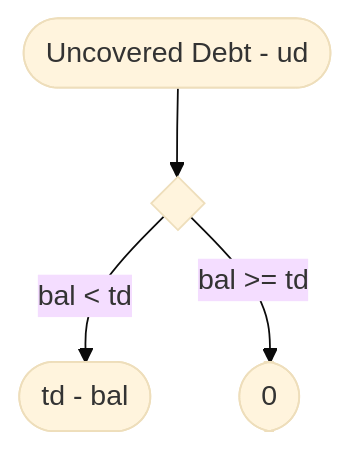
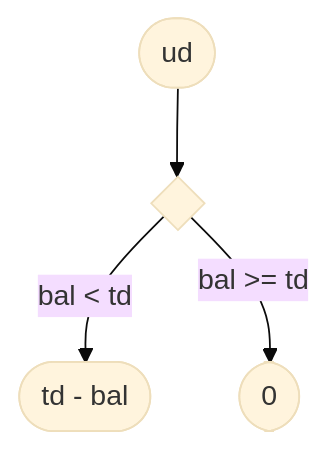
Before and after one commit to sablier-labs/docs: the seventh of 9 diagrams in docs/reference/flow/01-diagrams.md, drawn with Mermaid (base theme). The commit also changed other lines of this file and 3 other files, not shown here.

Commit message:
removes streamId from sequence diagrams categorizes diagrams in Flow access control simplifies diagrams in Lockup access control defines ongoing debt in Flow overview fixes definition of snapshot debt in Flow overview adds abbreviations in Flow diagrams

````diff
--- a/docs/reference/flow/01-diagrams.md
+++ b/docs/reference/flow/01-diagrams.md
@@ -142,11 +133,11 @@
 ```mermaid
 flowchart TD
     di0{ }:::red1
-    sd([Uncovered Debt - ud])
+    sd([ud])
     res_sd(["td - bal"])
     res_zero([0])
 
     sd --> di0
     di0 -- "bal < td" --> res_sd
     di0 -- "bal >= td" --> res_zero
 ```
````
